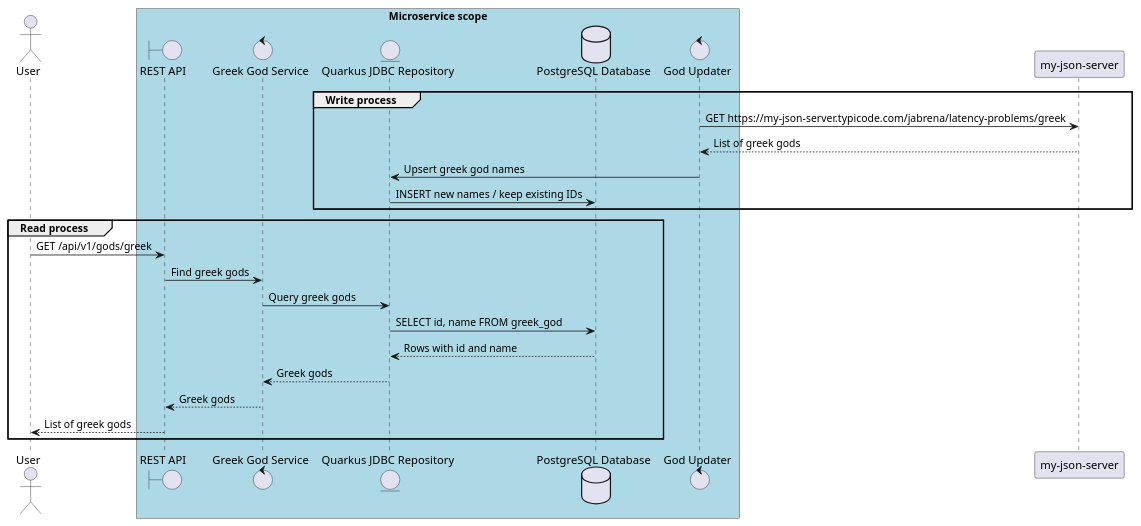
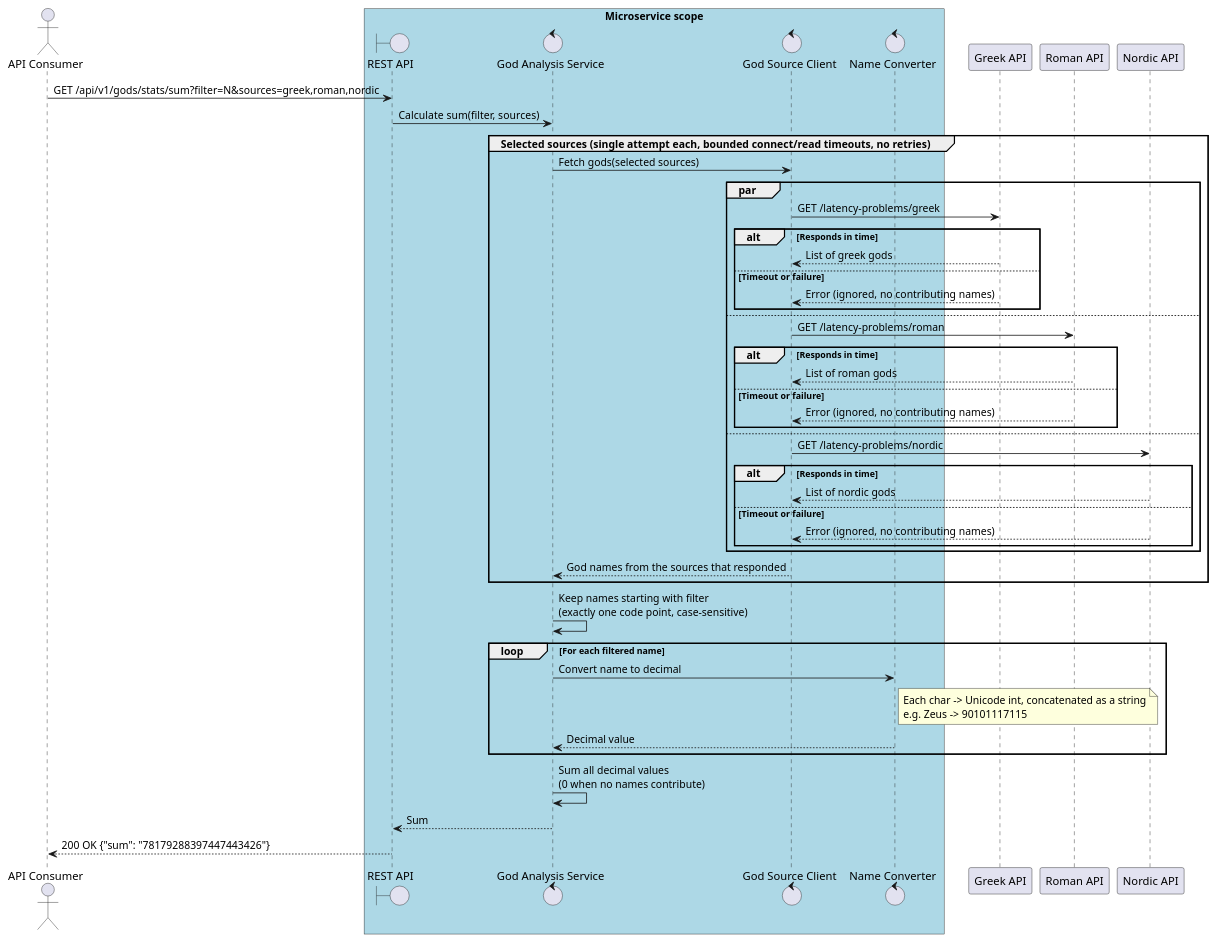
The diagram in exercises/exercise1/conversations/greek_gods_api_sequence_diagram.puml (jabrena/dvbe26-workshop), drawn with PlantUML before and after one commit. The commit also changed 1 other file, not shown here.

```diff
--- a/exercises/exercise1/conversations/greek_gods_api_sequence_diagram.puml
+++ b/exercises/exercise1/conversations/greek_gods_api_sequence_diagram.puml
@@ -1,37 +1,68 @@
 @startuml
 
-actor "User"
+actor "API Consumer" as Client
 
 box "Microservice scope" #LightBlue
 
-boundary "REST API"
-control "Greek God Service"
-entity "Quarkus JDBC Repository"
-database "PostgreSQL Database"
-control "God Updater"
+boundary "REST API" as Api
+control "God Analysis Service" as Service
+control "God Source Client" as Source
+control "Name Converter" as Converter
 
 end box
 
-group Write process
+participant "Greek API" as Greek
+participant "Roman API" as Roman
+participant "Nordic API" as Nordic
 
-"God Updater" -> "my-json-server": GET https://my-json-server.typicode.com/jabrena/latency-problems/greek
-"God Updater" <-- "my-json-server": List of greek gods
-"God Updater" -> "Quarkus JDBC Repository" : Upsert greek god names
-"Quarkus JDBC Repository" -> "PostgreSQL Database" : INSERT new names / keep existing IDs
+Client -> Api: GET /api/v1/gods/stats/sum?filter=N&sources=greek,roman,nordic
+Api -> Service: Calculate sum(filter, sources)
+
+group Selected sources (single attempt each, bounded connect/read timeouts, no retries)
+
+Service -> Source: Fetch gods(selected sources)
+
+par
+  Source -> Greek: GET /latency-problems/greek
+  alt Responds in time
+    Greek --> Source: List of greek gods
+  else Timeout or failure
+    Greek --> Source: Error (ignored, no contributing names)
+  end
+else
+  Source -> Roman: GET /latency-problems/roman
+  alt Responds in time
+    Roman --> Source: List of roman gods
+  else Timeout or failure
+    Roman --> Source: Error (ignored, no contributing names)
+  end
+else
+  Source -> Nordic: GET /latency-problems/nordic
+  alt Responds in time
+    Nordic --> Source: List of nordic gods
+  else Timeout or failure
+    Nordic --> Source: Error (ignored, no contributing names)
+  end
+end
+
+Source --> Service: God names from the sources that responded
 
 end
 
-group Read process
+Service -> Service: Keep names starting with filter\n(exactly one code point, case-sensitive)
 
-"User" -> "REST API": GET /api/v1/gods/greek
-"REST API" -> "Greek God Service": Find greek gods
-"Greek God Service" -> "Quarkus JDBC Repository": Query greek gods
-"Quarkus JDBC Repository" -> "PostgreSQL Database": SELECT id, name FROM greek_god
-"PostgreSQL Database" --> "Quarkus JDBC Repository": Rows with id and name
-"Quarkus JDBC Repository" --> "Greek God Service": Greek gods
-"Greek God Service" --> "REST API": Greek gods
-"User" <-- "REST API": List of greek gods
-
+loop For each filtered name
+  Service -> Converter: Convert name to decimal
+  note right of Converter
+    Each char -> Unicode int, concatenated as a string
+    e.g. Zeus -> 90101117115
+  end note
+  Converter --> Service: Decimal value
 end
 
+Service -> Service: Sum all decimal values\n(0 when no names contribute)
+
+Service --> Api: Sum
+Api --> Client: 200 OK {"sum": "78179288397447443426"}
+
 @enduml
```
